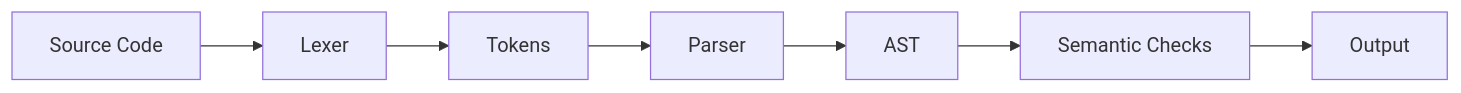
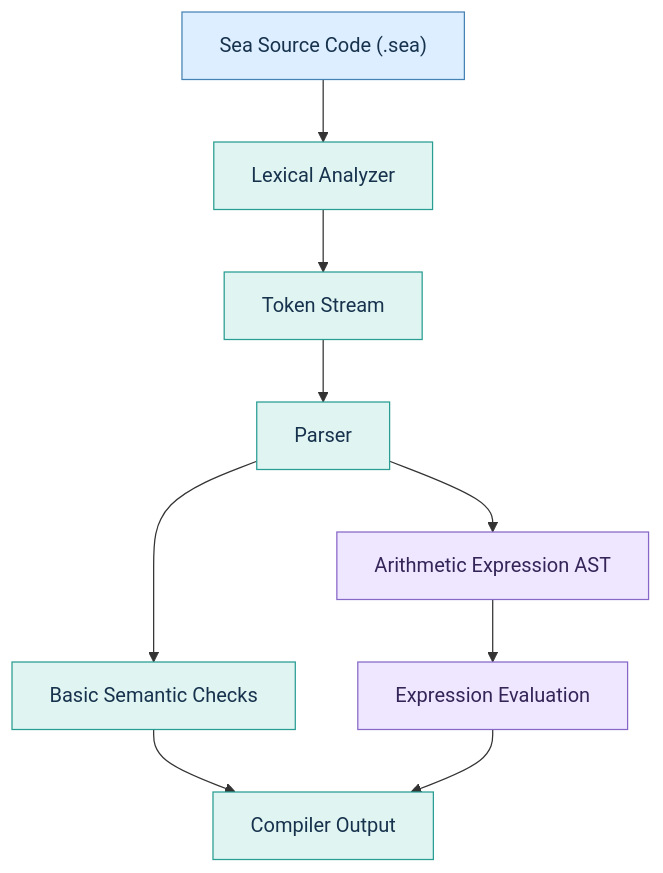
One commit to nilaheydari/Sea-Compiler changed the diagram in README.md. Above: the diagram before and after it, drawn with Mermaid. The commit also changed other lines of this file, not shown here.

````diff
--- a/README.md
+++ b/README.md
@@ -73,9 +73,22 @@
 ```mermaid
-flowchart LR
-    A["Source Code"] --> B["Lexer"]
-    B --> C["Tokens"]
+flowchart TD
+    A["Sea Source Code (.sea)"] --> B["Lexical Analyzer"]
+    B --> C["Token Stream"]
     C --> D["Parser"]
-    D --> E["AST"]
-    E --> F["Semantic Checks"]
-    F --> G["Output"]
+
+    D --> E["Basic Semantic Checks"]
+    D --> F["Arithmetic Expression AST"]
+
+    F --> G["Expression Evaluation"]
+
+    E --> H["Compiler Output"]
+    G --> H
+
+    classDef source fill:#DCEEFF,stroke:#4682B4,color:#17324D
+    classDef process fill:#E0F5F2,stroke:#299D91,color:#17324D
+    classDef ast fill:#EEE7FF,stroke:#8767C7,color:#342458
+
+    class A source
+    class B,C,D,E,H process
+    class F,G ast
 ```
````
